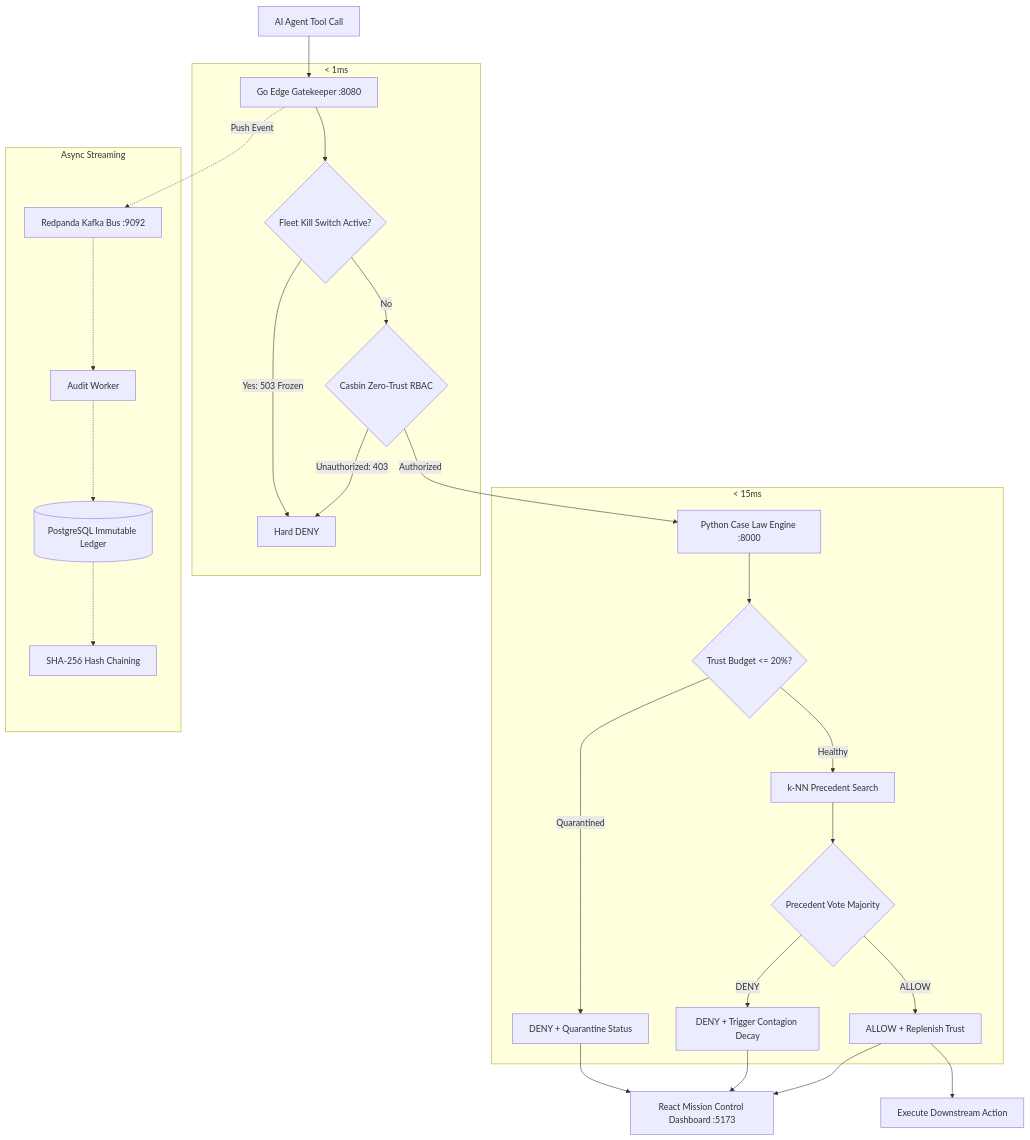
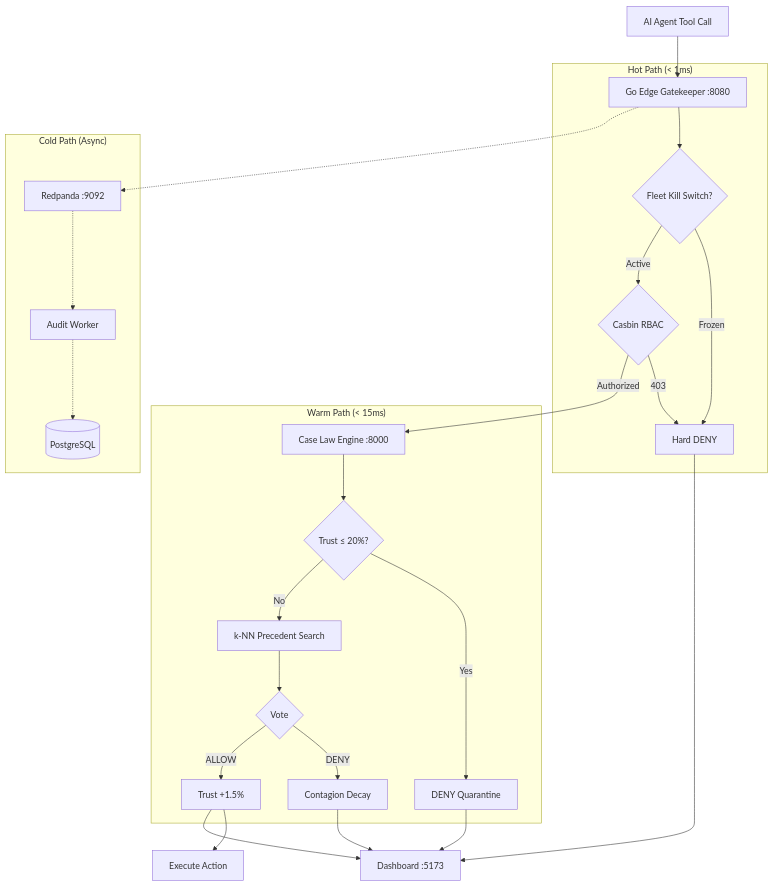
Before and after one commit to Ujjwal0207/sentinel: the second of 2 diagrams in README.md, drawn with Mermaid. The commit also changed other lines of this file, not shown here.

````diff
--- a/README.md
+++ b/README.md
@@ -87,33 +255,31 @@
 ```mermaid
 flowchart TD
     A[AI Agent Tool Call] --> B[Go Edge Gatekeeper :8080]
     
-    subgraph Hot Path [< 1ms]
-        B --> C{Fleet Kill Switch Active?}
-        C -->|Yes: 503 Frozen| D[Hard DENY]
-        C -->|No| E{Casbin Zero-Trust RBAC}
-        E -->|Unauthorized: 403| D
+    subgraph Hot ["Hot Path (< 1ms)"]
+        B --> C{Fleet Kill Switch?}
+        C -->|Frozen| D[Hard DENY]
+        C -->|Active| E{Casbin RBAC}
+        E -->|403| D
     end
 
-    subgraph Warm Path [< 15ms]
-        E -->|Authorized| F[Python Case Law Engine :8000]
-        F --> G{Trust Budget <= 20%?}
-        G -->|Quarantined| H[DENY + Quarantine Status]
-        G -->|Healthy| I[k-NN Precedent Search]
-        I --> J{Precedent Vote Majority}
-        J -->|DENY| K[DENY + Trigger Contagion Decay]
-        J -->|ALLOW| L[ALLOW + Replenish Trust]
+    subgraph Warm ["Warm Path (< 15ms)"]
+        E -->|Authorized| F[Case Law Engine :8000]
+        F --> G{Trust ≤ 20%?}
+        G -->|Yes| H[DENY Quarantine]
+        G -->|No| I[k-NN Precedent Search]
+        I --> J{Vote}
+        J -->|DENY| K[Contagion Decay]
+        J -->|ALLOW| L[Trust +1.5%]
     end
 
-    subgraph Cold Path [Async Streaming]
-        B -.->|Push Event| M[Redpanda Kafka Bus :9092]
+    subgraph Cold ["Cold Path (Async)"]
+        B -.-> M[Redpanda :9092]
         M -.-> N[Audit Worker]
-        N -.-> O[(PostgreSQL Immutable Ledger)]
-        O -.-> P[SHA-256 Hash Chaining]
+        N -.-> O[(PostgreSQL)]
     end
 
-    L --> Q[Execute Downstream Action]
-    H --> R[React Mission Control Dashboard :5173]
-    K --> R
+    L --> Q[Execute Action]
+    H & K & D --> R[Dashboard :5173]
     L --> R
 ```
````
